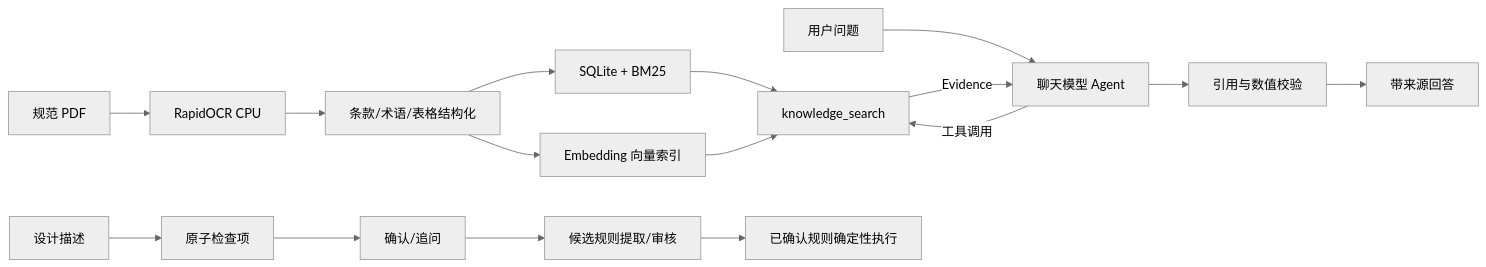
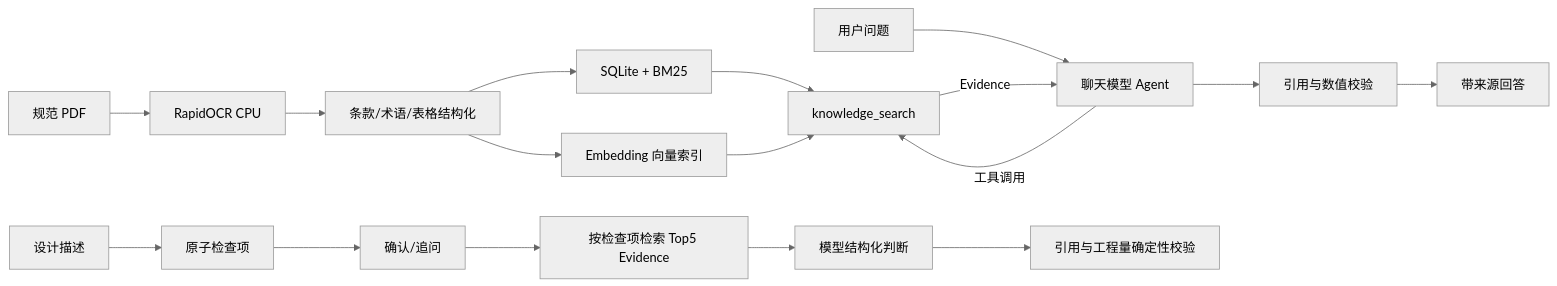
Before and after one commit to jiumiu3/Rag-Q-A: the diagram in README.md, drawn with Mermaid (neutral theme). The commit also changed other lines of this file and 14 other files, not shown here.

````diff
--- a/README.md
+++ b/README.md
@@ -63,18 +65,19 @@
 ```mermaid
 flowchart LR
     PDF[规范 PDF] --> OCR[RapidOCR CPU]
     OCR --> STRUCT[条款/术语/表格结构化]
     STRUCT --> STORE[SQLite + BM25]
     STRUCT --> VECTOR[Embedding 向量索引]
     STORE --> TOOL[knowledge_search]
     VECTOR --> TOOL
     USER[用户问题] --> AGENT[聊天模型 Agent]
     AGENT -->|工具调用| TOOL
     TOOL -->|Evidence| AGENT
     AGENT --> VERIFY[引用与数值校验]
     VERIFY --> ANSWER[带来源回答]
     DESIGN[设计描述] --> ITEMS[原子检查项]
     ITEMS --> CONFIRM[确认/追问]
-    CONFIRM --> CANDIDATE[候选规则提取/审核]
-    CANDIDATE --> RULES[已确认规则确定性执行]
+    CONFIRM --> SEARCH[按检查项检索 Top5 Evidence]
+    SEARCH --> JUDGE[模型结构化判断]
+    JUDGE --> VALIDATE[引用与工程量确定性校验]
 ```
````
